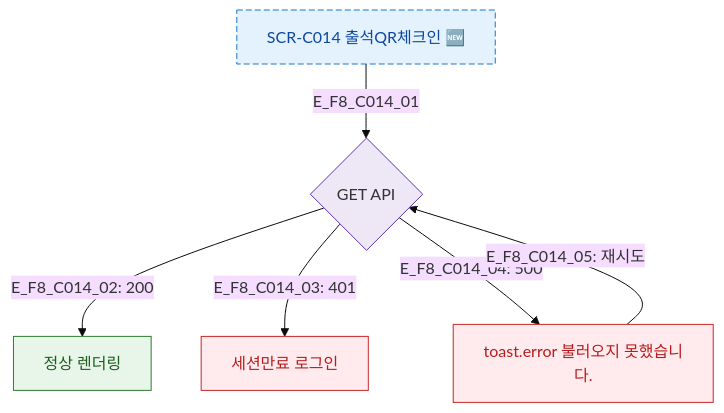
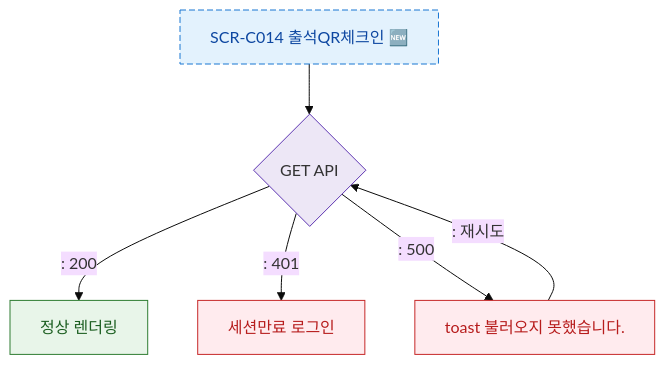
One commit to dev-spogym/admin-pando changed the diagram in docs/다이어그램/D04_수업관리/SCR-C014_출석QR체크인/F8_에러.md. Above: the diagram before and after it, drawn with Mermaid (base theme). The commit also changed other lines of this file and 1660 other files, not shown here.

First line of the commit message:
다이어그램: 기획자/클라이언트 납품본으로 정리

````diff
--- a/docs/다이어그램/D04_수업관리/SCR-C014_출석QR체크인/F8_에러.md
+++ b/docs/다이어그램/D04_수업관리/SCR-C014_출석QR체크인/F8_에러.md
@@ -20,19 +18,19 @@
 ```mermaid
 flowchart TD
   SCR_NODE[SCR-C014 출석QR체크인 🆕]
-  SCR_NODE -->|E_F8_C014_01| LoadAPI{GET API}
-  LoadAPI -->|"E_F8_C014_02: 200"| LoadOK[정상 렌더링]
-  LoadAPI -->|"E_F8_C014_03: 401"| SessionExp[세션만료 로그인]
-  LoadAPI -->|"E_F8_C014_04: 500"| LoadErr[toast.error 불러오지 못했습니다.]
-  LoadErr -->|"E_F8_C014_05: 재시도"| LoadAPI
+  SCR_NODE --> LoadAPI{GET API}
+  LoadAPI -->|": 200"|LoadOK[정상 렌더링]
+  LoadAPI -->|": 401"|SessionExp[세션만료 로그인]
+  LoadAPI -->|": 500"|LoadErr[toast 불러오지 못했습니다.]
+  LoadErr -->|": 재시도"|LoadAPI
   classDef screen fill:#E3F2FD,stroke:#1976D2,color:#0D47A1
   classDef system fill:#EDE7F6,stroke:#5E35B2
   classDef success fill:#E8F5E9,stroke:#2E7D32,color:#1B5E20
   classDef error fill:#FFEBEE,stroke:#C62828,color:#B71C1C
   classDef newFeature fill:#F3E5F5,stroke:#7B1FA2,color:#4A148C,stroke-dasharray:6 3
   class SCR_NODE newFeature
   class SCR_NODE screen
   class LoadAPI system
   class LoadOK success
   class LoadErr,SessionExp error
 ```
````
